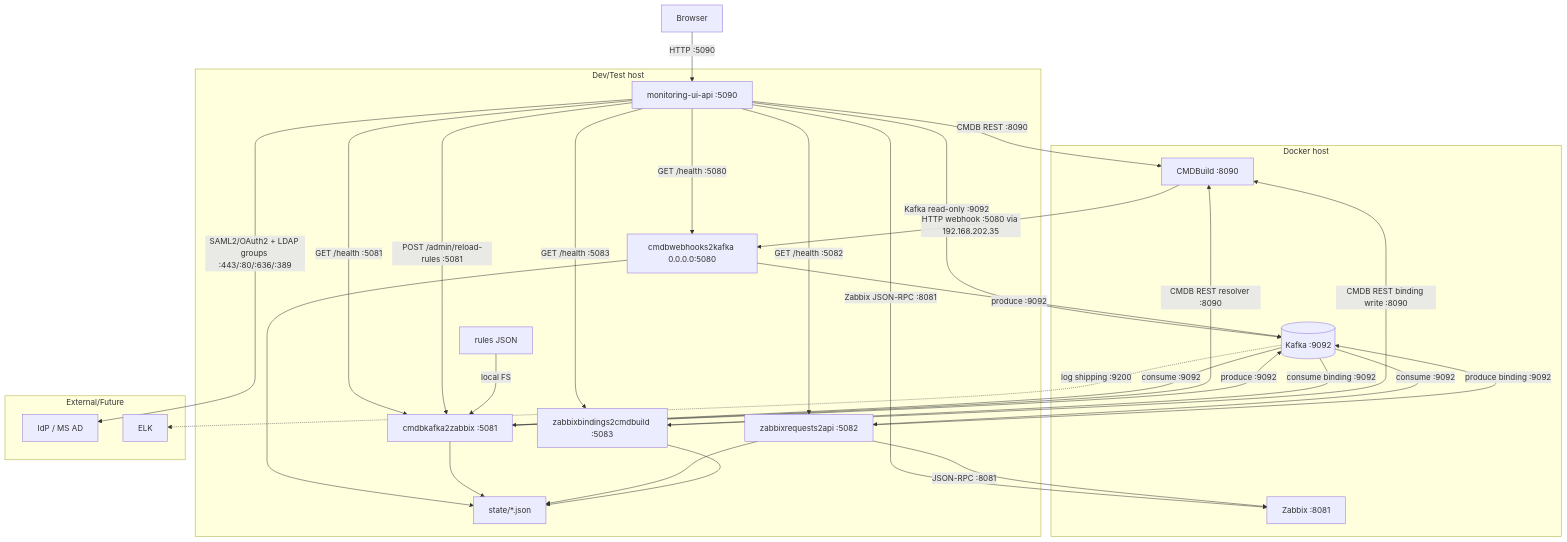
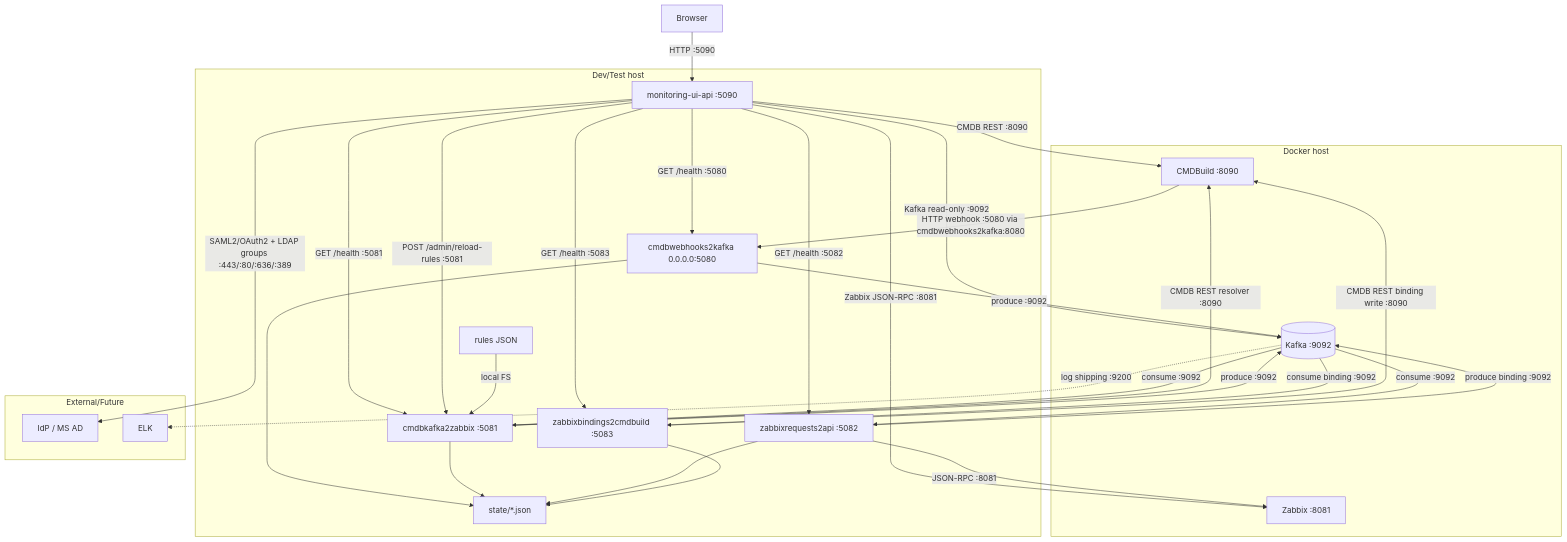
The diagram in aa/deployment-test.mmd (igorlyapin-max/cmdb2monitoring), drawn with Mermaid before and after one commit. The commit also changed 38 other files, not shown here.

```diff
--- a/aa/deployment-test.mmd
+++ b/aa/deployment-test.mmd
@@ -1,48 +1,48 @@
 flowchart TB
     subgraph devhost[Dev/Test host]
         monui[monitoring-ui-api :5090]
         wh[cmdbwebhooks2kafka 0.0.0.0:5080]
         conv[cmdbkafka2zabbix :5081]
         api[zabbixrequests2api :5082]
         bind[zabbixbindings2cmdbuild :5083]
         rules[rules JSON]
         state[state/*.json]
     end
 
     subgraph docker[Docker host]
         kafka[(Kafka :9092)]
         cmdb[CMDBuild :8090]
         zbx[Zabbix :8081]
     end
 
     subgraph external[External/Future]
         idp[IdP / MS AD]
         elk[ELK]
     end
 
     browser[Browser] -->|HTTP :5090| monui
     monui -->|SAML2/OAuth2 + LDAP groups :443/:80/:636/:389| idp
     monui -->|CMDB REST :8090| cmdb
     monui -->|Zabbix JSON-RPC :8081| zbx
     monui -->|Kafka read-only :9092| kafka
     monui -->|GET /health :5080| wh
     monui -->|GET /health :5081| conv
     monui -->|GET /health :5082| api
     monui -->|GET /health :5083| bind
     monui -->|POST /admin/reload-rules :5081| conv
-    cmdb -->|HTTP webhook :5080 via 192.168.202.35| wh
+    cmdb -->|HTTP webhook :5080 via cmdbwebhooks2kafka:8080| wh
     wh -->|produce :9092| kafka
     kafka -->|consume :9092| conv
     rules -->|local FS| conv
     conv -->|CMDB REST resolver :8090| cmdb
     conv -->|produce :9092| kafka
     kafka -->|consume :9092| api
     api -->|JSON-RPC :8081| zbx
     api -->|produce binding :9092| kafka
     kafka -->|consume binding :9092| bind
     bind -->|CMDB REST binding write :8090| cmdb
     wh --> state
     conv --> state
     api --> state
     bind --> state
     kafka -. log shipping :9200 .-> elk
```
